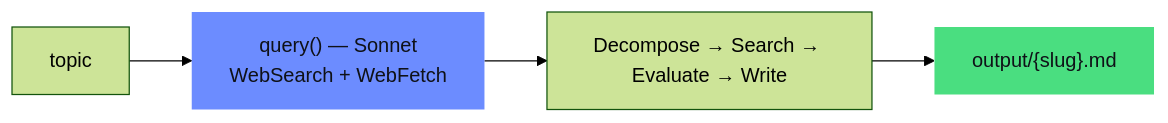
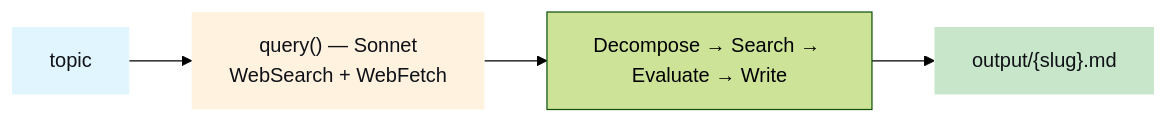
The first of 5 diagrams in README.md (mj-deving/managed-agents-research), drawn with Mermaid (forest theme) before and after one commit. The commit also changed other lines of this file, not shown here.

First line of the commit message:
design: Mermaid diagrams use n8n-email-triage pastel color palette

````diff
--- a/README.md
+++ b/README.md
@@ -94,9 +94,10 @@
 ```mermaid
 flowchart LR
     A["topic"] --> B["query() — Sonnet\nWebSearch + WebFetch"]
     B --> C["Decompose → Search → Evaluate → Write"]
     C --> D["output/{slug}.md"]
 
-    style B fill:#6c8cff,color:#0f1117,stroke:none
-    style D fill:#4ade80,color:#0f1117,stroke:none
+    style A fill:#e1f5fe,color:#0f1117,stroke:none
+    style B fill:#fff3e0,color:#0f1117,stroke:none
+    style D fill:#c8e6c9,color:#0f1117,stroke:none
 ```
````
